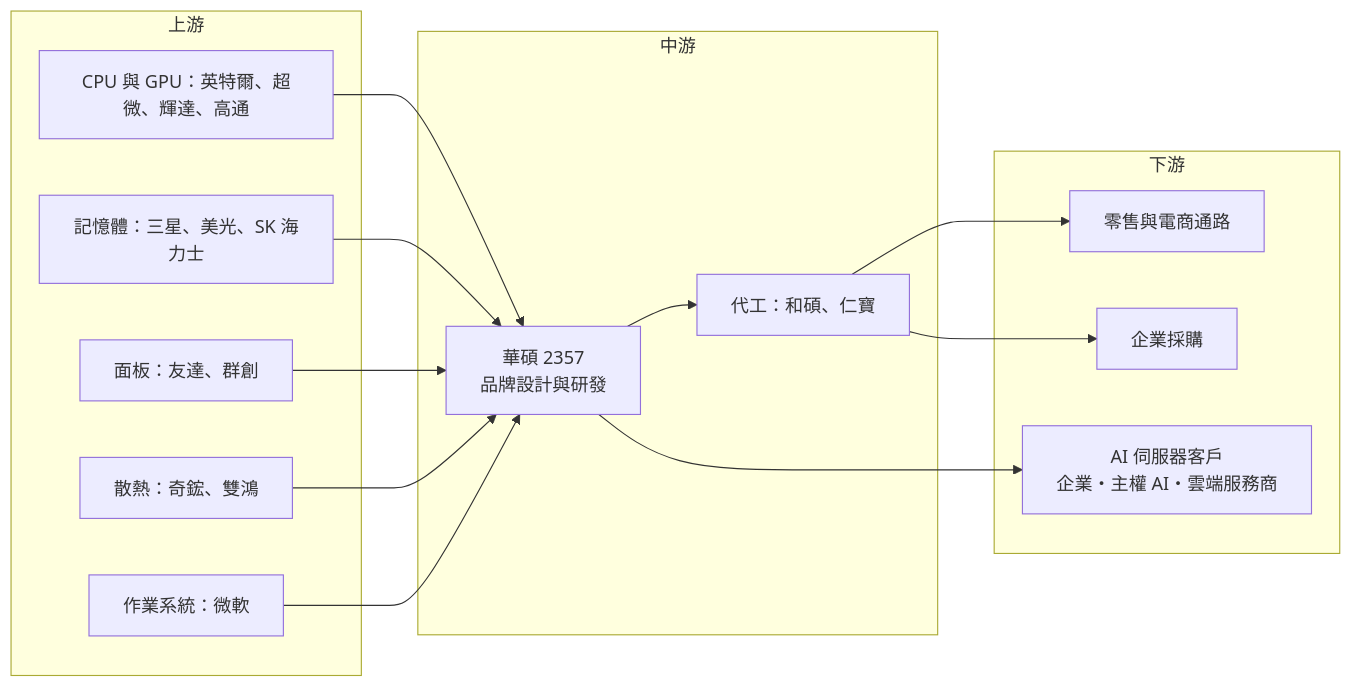
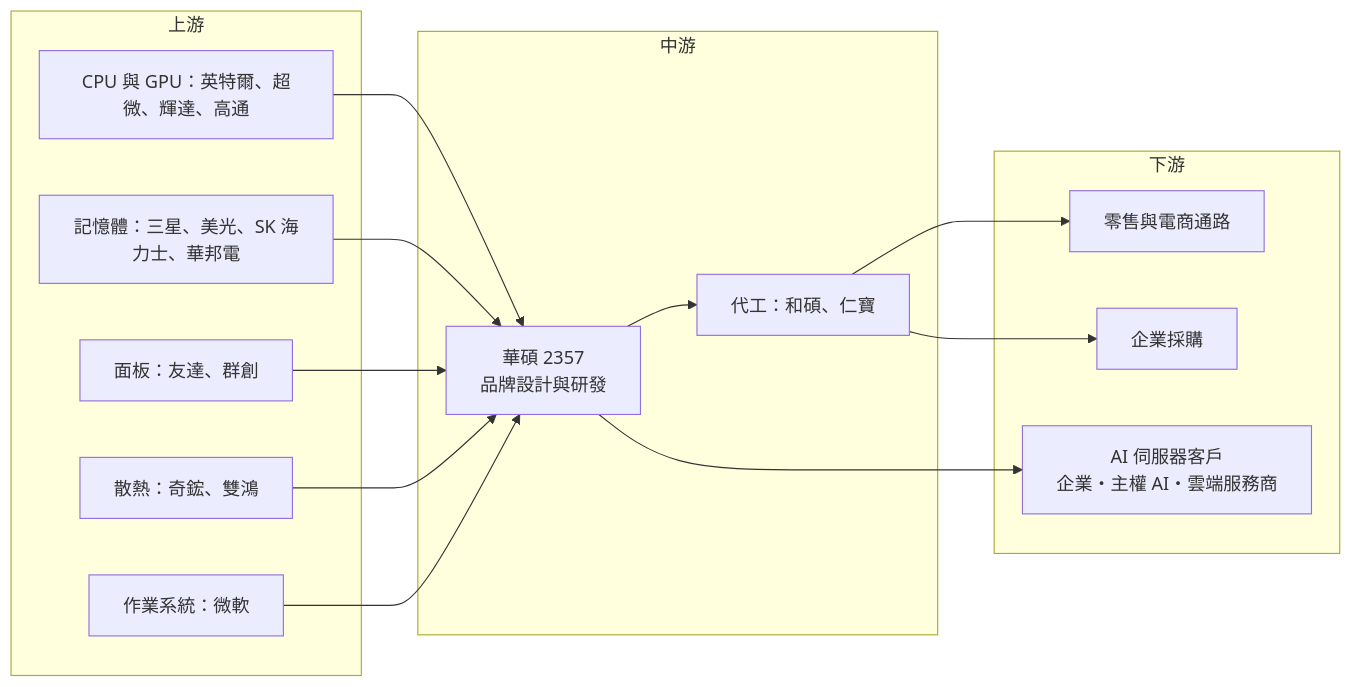
The third of 3 diagrams in 個股/台股/2357華碩.md (wangnick1004/taiwan-stock-vault), drawn with Mermaid before and after one commit. The commit also changed other lines of this file and 19 other files, not shown here.

````diff
--- a/個股/台股/2357華碩.md
+++ b/個股/台股/2357華碩.md
@@ -207,28 +232,28 @@
 ```mermaid
 flowchart LR
     subgraph 上游
         A1[CPU 與 GPU：英特爾、超微、輝達、高通]
-        A2[記憶體：三星、美光、SK 海力士]
+        A2[記憶體：三星、美光、SK 海力士、華邦電]
         A3[面板：友達、群創]
         A4[散熱：奇鋐、雙鴻]
         A5[作業系統：微軟]
     end
     subgraph 中游
-        B[華碩 2357<br/>品牌設計與研發]
+        B["華碩 2357<br/>品牌設計與研發"]
         B1[代工：和碩、仁寶]
     end
     subgraph 下游
         C1[零售與電商通路]
         C2[企業採購]
-        C3[AI 伺服器客戶<br/>企業・主權 AI・雲端服務商]
+        C3["AI 伺服器客戶<br/>企業・主權 AI・雲端服務商"]
     end
     A1 --> B
     A2 --> B
     A3 --> B
     A4 --> B
     A5 --> B
     B --> B1
     B1 --> C1
     B1 --> C2
     B --> C3
 ```
````
